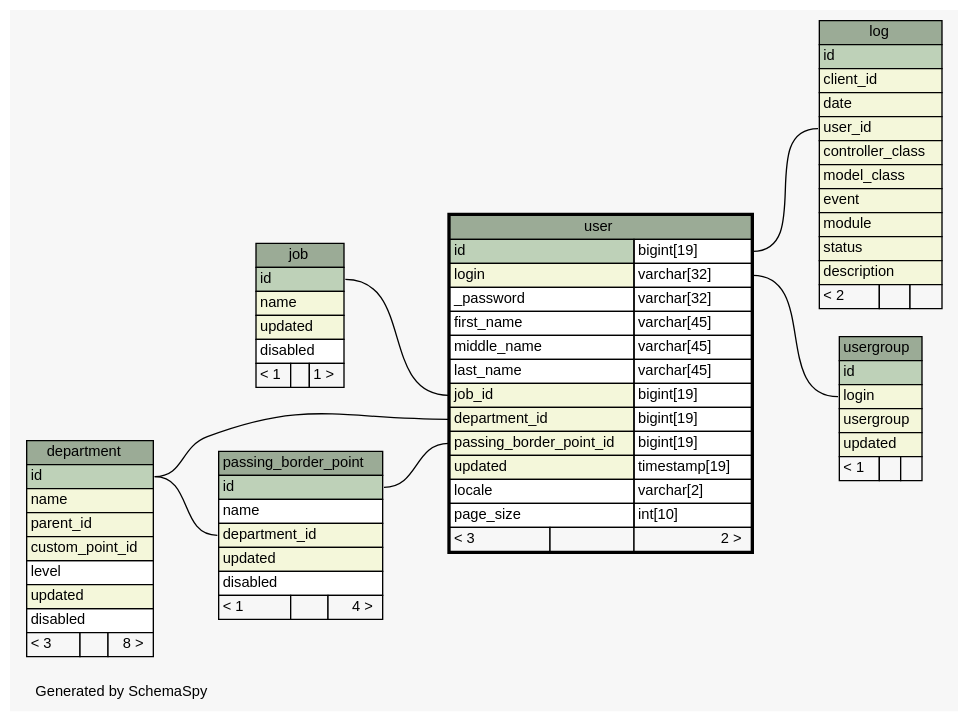
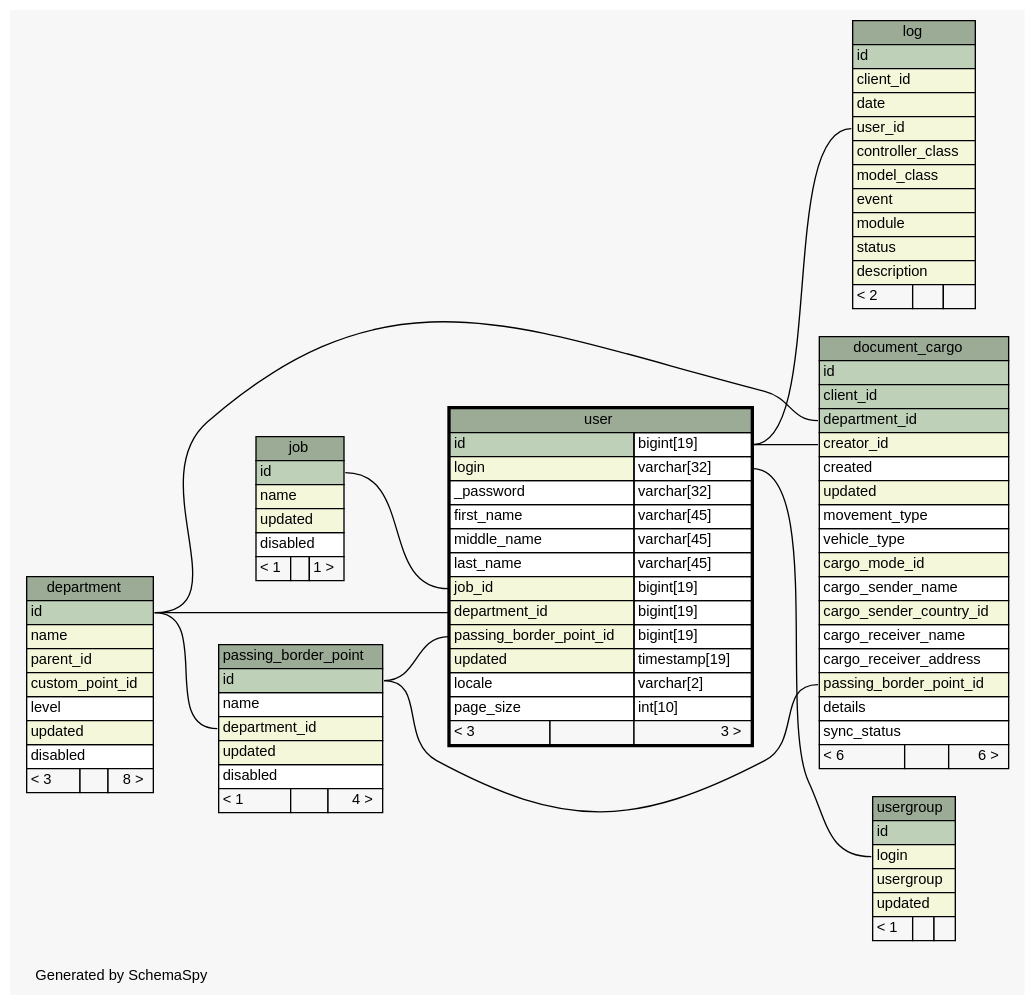
Before and after one commit to complitex/vetcontrol: the diagram in docs/db-schema/diagrams/user.1degree.dot, drawn with Graphviz. The commit also changed 141 other files, not shown here.

Commit message:
sql schema documentation was updated.

```diff
--- a/docs/db-schema/diagrams/user.1degree.dot
+++ b/docs/db-schema/diagrams/user.1degree.dot
@@ -1,124 +1,152 @@
 // dot 2.26.3 on Windows Vista 6.0
 // SchemaSpy rev 514
 digraph "oneDegreeRelationshipsDiagram" {
   graph [
     rankdir="RL"
     bgcolor="#f7f7f7"
     label="\nGenerated by SchemaSpy"
     labeljust="l"
     nodesep="0.18"
     ranksep="0.46"
     fontname="Helvetica"
     fontsize="11"
   ];
   node [
     fontname="Helvetica"
     fontsize="11"
     shape="plaintext"
   ];
   edge [
     arrowsize="0.8"
   ];
+  "document_cargo":"creator_id":w -> "user":"id.type":e [arrowhead=none arrowtail=crowodot];
+  "document_cargo":"department_id":w -> "department":"id":e [arrowhead=none arrowtail=crowodot];
+  "document_cargo":"passing_border_point_id":w -> "passing_border_point":"id":e [arrowhead=none arrowtail=crowodot];
   "log":"user_id":w -> "user":"id.type":e [arrowhead=none arrowtail=crowodot];
   "passing_border_point":"department_id":w -> "department":"id":e [arrowhead=none arrowtail=crowodot];
   "user":"department_id":w -> "department":"id":e [arrowhead=none arrowtail=crowodot];
   "user":"job_id":w -> "job":"id":e [arrowhead=none arrowtail=crowodot];
   "user":"passing_border_point_id":w -> "passing_border_point":"id":e [arrowhead=none arrowtail=crowodot];
   "usergroup":"login":w -> "user":"login.type":e [arrowhead=none arrowtail=crowodot];
   "department" [
     label=<
     <TABLE BORDER="0" CELLBORDER="1" CELLSPACING="0" BGCOLOR="#ffffff">
       <TR><TD COLSPAN="3" BGCOLOR="#9bab96" ALIGN="CENTER">department</TD></TR>
       <TR><TD PORT="id" COLSPAN="3" BGCOLOR="#bed1b8" ALIGN="LEFT">id</TD></TR>
       <TR><TD PORT="name" COLSPAN="3" BGCOLOR="#f4f7da" ALIGN="LEFT">name</TD></TR>
       <TR><TD PORT="parent_id" COLSPAN="3" BGCOLOR="#f4f7da" ALIGN="LEFT">parent_id</TD></TR>
       <TR><TD PORT="custom_point_id" COLSPAN="3" BGCOLOR="#f4f7da" ALIGN="LEFT">custom_point_id</TD></TR>
       <TR><TD PORT="level" COLSPAN="3" ALIGN="LEFT">level</TD></TR>
       <TR><TD PORT="updated" COLSPAN="3" BGCOLOR="#f4f7da" ALIGN="LEFT">updated</TD></TR>
       <TR><TD PORT="disabled" COLSPAN="3" ALIGN="LEFT">disabled</TD></TR>
       <TR><TD ALIGN="LEFT" BGCOLOR="#f7f7f7">&lt; 3</TD><TD ALIGN="RIGHT" BGCOLOR="#f7f7f7">  </TD><TD ALIGN="RIGHT" BGCOLOR="#f7f7f7">8 &gt;</TD></TR>
     </TABLE>>
     URL="department.html"
     tooltip="department"
+  ];
+  "document_cargo" [
+    label=<
+    <TABLE BORDER="0" CELLBORDER="1" CELLSPACING="0" BGCOLOR="#ffffff">
+      <TR><TD COLSPAN="3" BGCOLOR="#9bab96" ALIGN="CENTER">document_cargo</TD></TR>
+      <TR><TD PORT="id" COLSPAN="3" BGCOLOR="#bed1b8" ALIGN="LEFT">id</TD></TR>
+      <TR><TD PORT="client_id" COLSPAN="3" BGCOLOR="#bed1b8" ALIGN="LEFT">client_id</TD></TR>
+      <TR><TD PORT="department_id" COLSPAN="3" BGCOLOR="#bed1b8" ALIGN="LEFT">department_id</TD></TR>
+      <TR><TD PORT="creator_id" COLSPAN="3" BGCOLOR="#f4f7da" ALIGN="LEFT">creator_id</TD></TR>
+      <TR><TD PORT="created" COLSPAN="3" ALIGN="LEFT">created</TD></TR>
+      <TR><TD PORT="updated" COLSPAN="3" BGCOLOR="#f4f7da" ALIGN="LEFT">updated</TD></TR>
+      <TR><TD PORT="movement_type" COLSPAN="3" ALIGN="LEFT">movement_type</TD></TR>
+      <TR><TD PORT="vehicle_type" COLSPAN="3" ALIGN="LEFT">vehicle_type</TD></TR>
+      <TR><TD PORT="cargo_mode_id" COLSPAN="3" BGCOLOR="#f4f7da" ALIGN="LEFT">cargo_mode_id</TD></TR>
+      <TR><TD PORT="cargo_sender_name" COLSPAN="3" ALIGN="LEFT">cargo_sender_name</TD></TR>
+      <TR><TD PORT="cargo_sender_country_id" COLSPAN="3" BGCOLOR="#f4f7da" ALIGN="LEFT">cargo_sender_country_id</TD></TR>
+      <TR><TD PORT="cargo_receiver_name" COLSPAN="3" ALIGN="LEFT">cargo_receiver_name</TD></TR>
+      <TR><TD PORT="cargo_receiver_address" COLSPAN="3" ALIGN="LEFT">cargo_receiver_address</TD></TR>
+      <TR><TD PORT="passing_border_point_id" COLSPAN="3" BGCOLOR="#f4f7da" ALIGN="LEFT">passing_border_point_id</TD></TR>
+      <TR><TD PORT="details" COLSPAN="3" ALIGN="LEFT">details</TD></TR>
+      <TR><TD PORT="sync_status" COLSPAN="3" ALIGN="LEFT">sync_status</TD></TR>
+      <TR><TD ALIGN="LEFT" BGCOLOR="#f7f7f7">&lt; 6</TD><TD ALIGN="RIGHT" BGCOLOR="#f7f7f7">  </TD><TD ALIGN="RIGHT" BGCOLOR="#f7f7f7">6 &gt;</TD></TR>
+    </TABLE>>
+    URL="document_cargo.html"
+    tooltip="document_cargo"
   ];
   "job" [
     label=<
     <TABLE BORDER="0" CELLBORDER="1" CELLSPACING="0" BGCOLOR="#ffffff">
       <TR><TD COLSPAN="3" BGCOLOR="#9bab96" ALIGN="CENTER">job</TD></TR>
       <TR><TD PORT="id" COLSPAN="3" BGCOLOR="#bed1b8" ALIGN="LEFT">id</TD></TR>
       <TR><TD PORT="name" COLSPAN="3" BGCOLOR="#f4f7da" ALIGN="LEFT">name</TD></TR>
       <TR><TD PORT="updated" COLSPAN="3" BGCOLOR="#f4f7da" ALIGN="LEFT">updated</TD></TR>
       <TR><TD PORT="disabled" COLSPAN="3" ALIGN="LEFT">disabled</TD></TR>
       <TR><TD ALIGN="LEFT" BGCOLOR="#f7f7f7">&lt; 1</TD><TD ALIGN="RIGHT" BGCOLOR="#f7f7f7">  </TD><TD ALIGN="RIGHT" BGCOLOR="#f7f7f7">1 &gt;</TD></TR>
     </TABLE>>
     URL="job.html"
     tooltip="job"
   ];
   "log" [
     label=<
     <TABLE BORDER="0" CELLBORDER="1" CELLSPACING="0" BGCOLOR="#ffffff">
       <TR><TD COLSPAN="3" BGCOLOR="#9bab96" ALIGN="CENTER">log</TD></TR>
       <TR><TD PORT="id" COLSPAN="3" BGCOLOR="#bed1b8" ALIGN="LEFT">id</TD></TR>
       <TR><TD PORT="client_id" COLSPAN="3" BGCOLOR="#f4f7da" ALIGN="LEFT">client_id</TD></TR>
       <TR><TD PORT="date" COLSPAN="3" BGCOLOR="#f4f7da" ALIGN="LEFT">date</TD></TR>
       <TR><TD PORT="user_id" COLSPAN="3" BGCOLOR="#f4f7da" ALIGN="LEFT">user_id</TD></TR>
       <TR><TD PORT="controller_class" COLSPAN="3" BGCOLOR="#f4f7da" ALIGN="LEFT">controller_class</TD></TR>
       <TR><TD PORT="model_class" COLSPAN="3" BGCOLOR="#f4f7da" ALIGN="LEFT">model_class</TD></TR>
       <TR><TD PORT="event" COLSPAN="3" BGCOLOR="#f4f7da" ALIGN="LEFT">event</TD></TR>
       <TR><TD PORT="module" COLSPAN="3" BGCOLOR="#f4f7da" ALIGN="LEFT">module</TD></TR>
       <TR><TD PORT="status" COLSPAN="3" BGCOLOR="#f4f7da" ALIGN="LEFT">status</TD></TR>
       <TR><TD PORT="description" COLSPAN="3" BGCOLOR="#f4f7da" ALIGN="LEFT">description</TD></TR>
       <TR><TD ALIGN="LEFT" BGCOLOR="#f7f7f7">&lt; 2</TD><TD ALIGN="RIGHT" BGCOLOR="#f7f7f7">  </TD><TD ALIGN="RIGHT" BGCOLOR="#f7f7f7">  </TD></TR>
     </TABLE>>
     URL="log.html"
     tooltip="log"
   ];
   "passing_border_point" [
     label=<
     <TABLE BORDER="0" CELLBORDER="1" CELLSPACING="0" BGCOLOR="#ffffff">
       <TR><TD COLSPAN="3" BGCOLOR="#9bab96" ALIGN="CENTER">passing_border_point</TD></TR>
       <TR><TD PORT="id" COLSPAN="3" BGCOLOR="#bed1b8" ALIGN="LEFT">id</TD></TR>
       <TR><TD PORT="name" COLSPAN="3" ALIGN="LEFT">name</TD></TR>
       <TR><TD PORT="department_id" COLSPAN="3" BGCOLOR="#f4f7da" ALIGN="LEFT">department_id</TD></TR>
       <TR><TD PORT="updated" COLSPAN="3" BGCOLOR="#f4f7da" ALIGN="LEFT">updated</TD></TR>
       <TR><TD PORT="disabled" COLSPAN="3" ALIGN="LEFT">disabled</TD></TR>
       <TR><TD ALIGN="LEFT" BGCOLOR="#f7f7f7">&lt; 1</TD><TD ALIGN="RIGHT" BGCOLOR="#f7f7f7">  </TD><TD ALIGN="RIGHT" BGCOLOR="#f7f7f7">4 &gt;</TD></TR>
     </TABLE>>
     URL="passing_border_point.html"
     tooltip="passing_border_point"
   ];
   "user" [
     label=<
     <TABLE BORDER="2" CELLBORDER="1" CELLSPACING="0" BGCOLOR="#ffffff">
       <TR><TD COLSPAN="3" BGCOLOR="#9bab96" ALIGN="CENTER">user</TD></TR>
       <TR><TD PORT="id" COLSPAN="2" BGCOLOR="#bed1b8" ALIGN="LEFT">id</TD><TD PORT="id.type" ALIGN="LEFT">bigint[19]</TD></TR>
       <TR><TD PORT="login" COLSPAN="2" BGCOLOR="#f4f7da" ALIGN="LEFT">login</TD><TD PORT="login.type" ALIGN="LEFT">varchar[32]</TD></TR>
       <TR><TD PORT="_password" COLSPAN="2" ALIGN="LEFT">_password</TD><TD PORT="_password.type" ALIGN="LEFT">varchar[32]</TD></TR>
       <TR><TD PORT="first_name" COLSPAN="2" ALIGN="LEFT">first_name</TD><TD PORT="first_name.type" ALIGN="LEFT">varchar[45]</TD></TR>
       <TR><TD PORT="middle_name" COLSPAN="2" ALIGN="LEFT">middle_name</TD><TD PORT="middle_name.type" ALIGN="LEFT">varchar[45]</TD></TR>
       <TR><TD PORT="last_name" COLSPAN="2" ALIGN="LEFT">last_name</TD><TD PORT="last_name.type" ALIGN="LEFT">varchar[45]</TD></TR>
       <TR><TD PORT="job_id" COLSPAN="2" BGCOLOR="#f4f7da" ALIGN="LEFT">job_id</TD><TD PORT="job_id.type" ALIGN="LEFT">bigint[19]</TD></TR>
       <TR><TD PORT="department_id" COLSPAN="2" BGCOLOR="#f4f7da" ALIGN="LEFT">department_id</TD><TD PORT="department_id.type" ALIGN="LEFT">bigint[19]</TD></TR>
       <TR><TD PORT="passing_border_point_id" COLSPAN="2" BGCOLOR="#f4f7da" ALIGN="LEFT">passing_border_point_id</TD><TD PORT="passing_border_point_id.type" ALIGN="LEFT">bigint[19]</TD></TR>
       <TR><TD PORT="updated" COLSPAN="2" BGCOLOR="#f4f7da" ALIGN="LEFT">updated</TD><TD PORT="updated.type" ALIGN="LEFT">timestamp[19]</TD></TR>
       <TR><TD PORT="locale" COLSPAN="2" ALIGN="LEFT">locale</TD><TD PORT="locale.type" ALIGN="LEFT">varchar[2]</TD></TR>
       <TR><TD PORT="page_size" COLSPAN="2" ALIGN="LEFT">page_size</TD><TD PORT="page_size.type" ALIGN="LEFT">int[10]</TD></TR>
-      <TR><TD ALIGN="LEFT" BGCOLOR="#f7f7f7">&lt; 3</TD><TD ALIGN="RIGHT" BGCOLOR="#f7f7f7">  </TD><TD ALIGN="RIGHT" BGCOLOR="#f7f7f7">2 &gt;</TD></TR>
+      <TR><TD ALIGN="LEFT" BGCOLOR="#f7f7f7">&lt; 3</TD><TD ALIGN="RIGHT" BGCOLOR="#f7f7f7">  </TD><TD ALIGN="RIGHT" BGCOLOR="#f7f7f7">3 &gt;</TD></TR>
     </TABLE>>
     URL="user.html"
     tooltip="user"
   ];
   "usergroup" [
     label=<
     <TABLE BORDER="0" CELLBORDER="1" CELLSPACING="0" BGCOLOR="#ffffff">
       <TR><TD COLSPAN="3" BGCOLOR="#9bab96" ALIGN="CENTER">usergroup</TD></TR>
       <TR><TD PORT="id" COLSPAN="3" BGCOLOR="#bed1b8" ALIGN="LEFT">id</TD></TR>
       <TR><TD PORT="login" COLSPAN="3" BGCOLOR="#f4f7da" ALIGN="LEFT">login</TD></TR>
       <TR><TD PORT="usergroup" COLSPAN="3" BGCOLOR="#f4f7da" ALIGN="LEFT">usergroup</TD></TR>
       <TR><TD PORT="updated" COLSPAN="3" BGCOLOR="#f4f7da" ALIGN="LEFT">updated</TD></TR>
       <TR><TD ALIGN="LEFT" BGCOLOR="#f7f7f7">&lt; 1</TD><TD ALIGN="RIGHT" BGCOLOR="#f7f7f7">  </TD><TD ALIGN="RIGHT" BGCOLOR="#f7f7f7">  </TD></TR>
     </TABLE>>
     URL="usergroup.html"
     tooltip="usergroup"
   ];
 }
```
